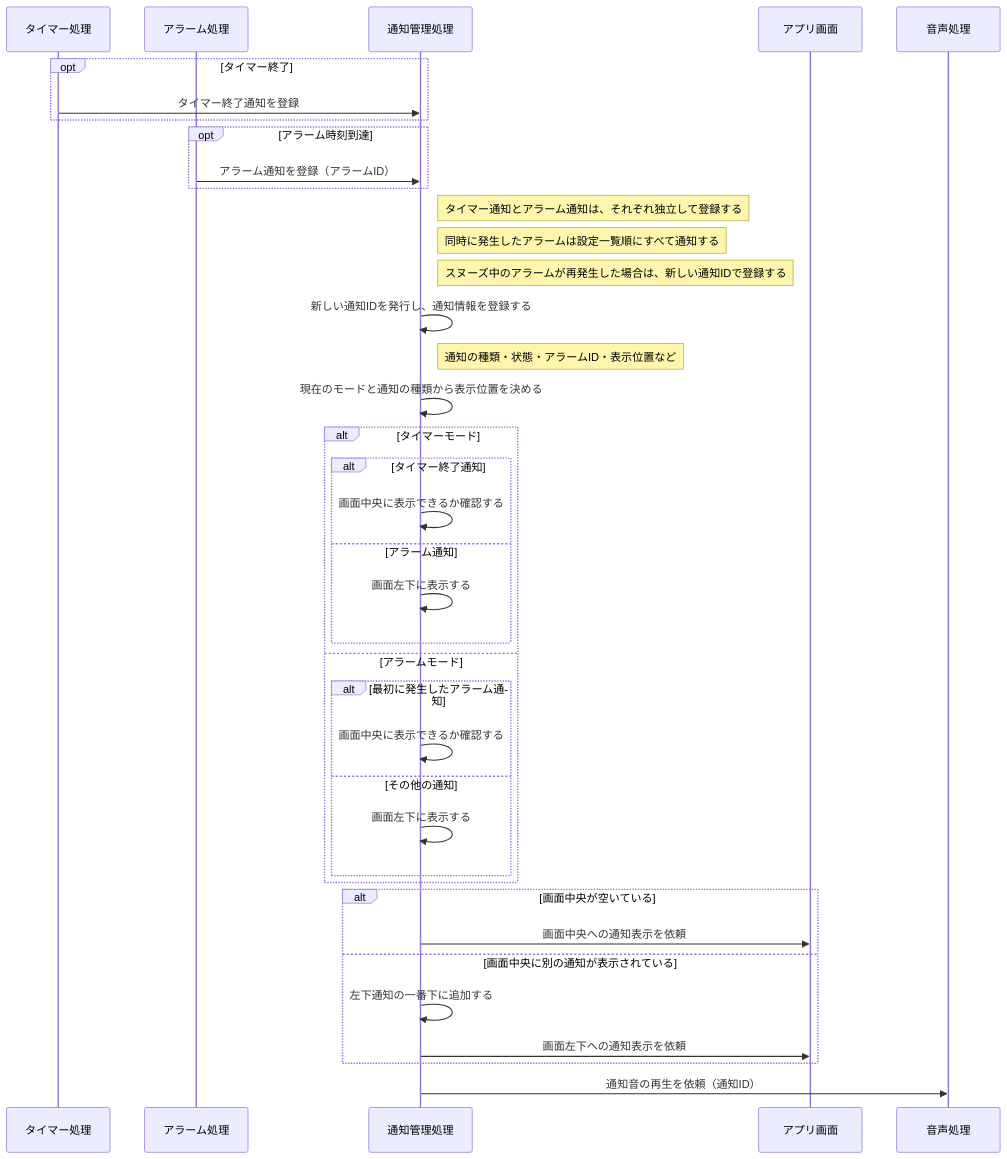
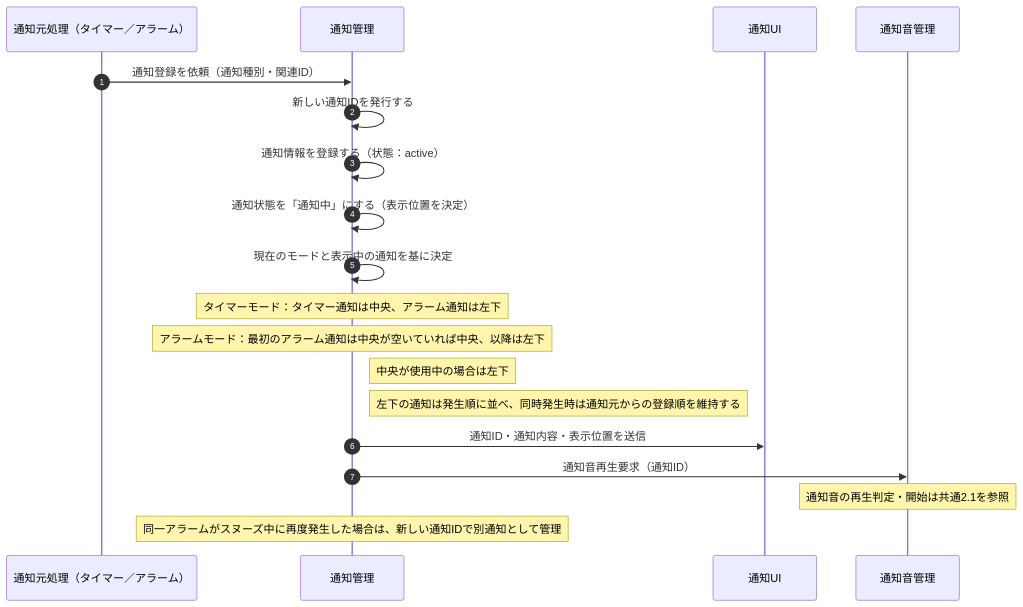
The first of 7 diagrams in document/設計/シーケンス図/共通シーケンス図.md (shun62201234-crypto/timerApplication), drawn with Mermaid before and after one commit. The commit also changed other lines of this file, not shown here.

First line of the commit message:
共通シーケンス図の整理と重複処理の統合

````diff
--- a/document/設計/シーケンス図/共通シーケンス図.md
+++ b/document/設計/シーケンス図/共通シーケンス図.md
@@ -4,48 +4,25 @@
 ```mermaid
 sequenceDiagram
-    participant Timer as タイマー処理
-    participant Alarm as アラーム処理
-    participant Notify as 通知管理処理
-    participant UI as アプリ画面
-    participant Audio as 音声処理
+    autonumber
+    participant Source as 通知元処理（タイマー／アラーム）
+    participant Notify as 通知管理
+    participant UI as 通知UI
+    participant Audio as 通知音管理
 
-    opt タイマー終了
-        Timer->>Notify: タイマー終了通知を登録
-    end
+    Source->>Notify: 通知登録を依頼（通知種別・関連ID）
+    Notify->>Notify: 新しい通知IDを発行する
+    Notify->>Notify: 通知情報を登録する（状態：active）
+    Notify->>Notify: 通知状態を「通知中」にする（表示位置を決定）
 
-    opt アラーム時刻到達
-        Alarm->>Notify: アラーム通知を登録（アラームID）
-    end
+    Notify->>Notify: 現在のモードと表示中の通知を基に決定
+    Note over Notify: タイマーモード：タイマー通知は中央、アラーム通知は左下
+    Note over Notify: アラームモード：最初のアラーム通知は中央が空いていれば中央、以降は左下
+    Note right of Notify: 中央が使用中の場合は左下
+    Note right of Notify: 左下の通知は発生順に並べ、同時発生時は通知元からの登録順を維持する
 
-    Note right of Notify: タイマー通知とアラーム通知は、それぞれ独立して登録する
-    Note right of Notify: 同時に発生したアラームは設定一覧順にすべて通知する
-    Note right of Notify: スヌーズ中のアラームが再発生した場合は、新しい通知IDで登録する
+    Notify->>UI: 通知ID・通知内容・表示位置を送信
+    Notify->>Audio: 通知音再生要求（通知ID）
+    Note over Audio: 通知音の再生判定・開始は共通2.1を参照
 
-    Notify->>Notify: 新しい通知IDを発行し、通知情報を登録する
-    Note right of Notify: 通知の種類・状態・アラームID・表示位置など
-
-    Notify->>Notify: 現在のモードと通知の種類から表示位置を決める
-
-    alt タイマーモード
-        alt タイマー終了通知
-            Notify->>Notify: 画面中央に表示できるか確認する
-        else アラーム通知
-            Notify->>Notify: 画面左下に表示する
-        end
-    else アラームモード
-        alt 最初に発生したアラーム通知
-            Notify->>Notify: 画面中央に表示できるか確認する
-        else その他の通知
-            Notify->>Notify: 画面左下に表示する
-        end
-    end
-
-    alt 画面中央が空いている
-        Notify->>UI: 画面中央への通知表示を依頼
-    else 画面中央に別の通知が表示されている
-        Notify->>Notify: 左下通知の一番下に追加する
-        Notify->>UI: 画面左下への通知表示を依頼
-    end
-
-    Notify->>Audio: 通知音の再生を依頼（通知ID）
+    Note over Notify: 同一アラームがスヌーズ中に再度発生した場合は、新しい通知IDで別通知として管理
 ```
````
